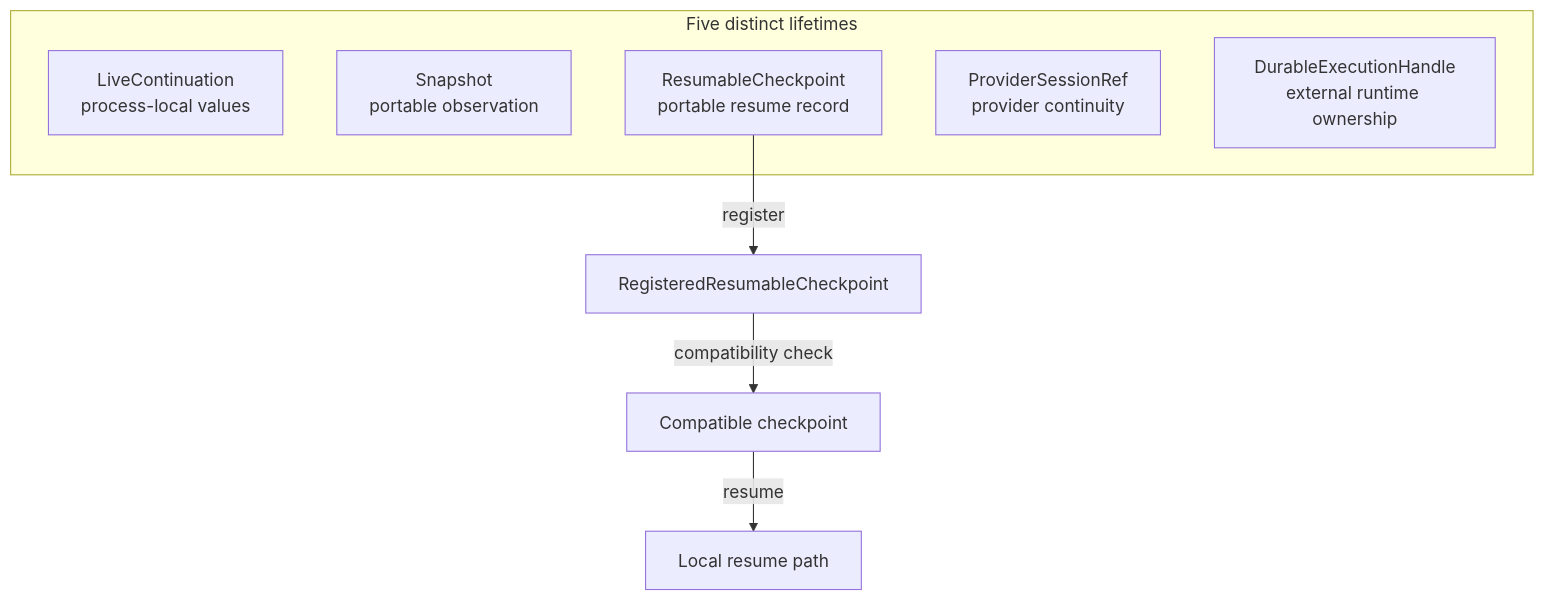
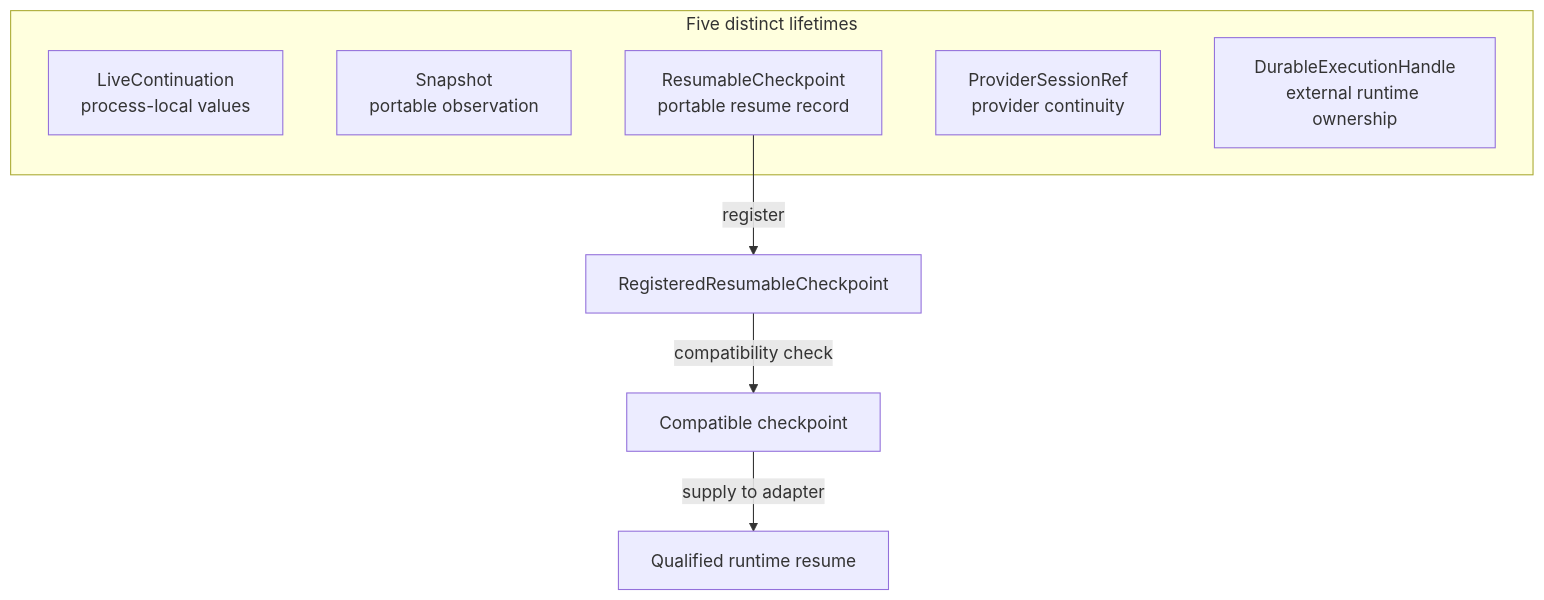
Before and after one commit to theGeekist/llm-core: the diagram in docs/capabilities/state.md, drawn with Mermaid. The commit also changed other lines of this file and 278 other files, not shown here.

Commit message:
docs: establish package architecture authorities

````diff
--- a/docs/capabilities/state.md
+++ b/docs/capabilities/state.md
@@ -6,14 +6,14 @@
 ```mermaid
 flowchart TB
   subgraph lifetimes["Five distinct lifetimes"]
     Live["LiveContinuation<br/>process-local values"]
     Snapshot["Snapshot<br/>portable observation"]
     Checkpoint["ResumableCheckpoint<br/>portable resume record"]
     Provider["ProviderSessionRef<br/>provider continuity"]
     Durable["DurableExecutionHandle<br/>external runtime ownership"]
   end
 
   Checkpoint -->|"register"| Registered["RegisteredResumableCheckpoint"]
   Registered -->|"compatibility check"| Compatible["Compatible checkpoint"]
-  Compatible -->|"resume"| Resume["Local resume path"]
+  Compatible -->|"supply to adapter"| Resume["Qualified runtime resume"]
 ```
````
